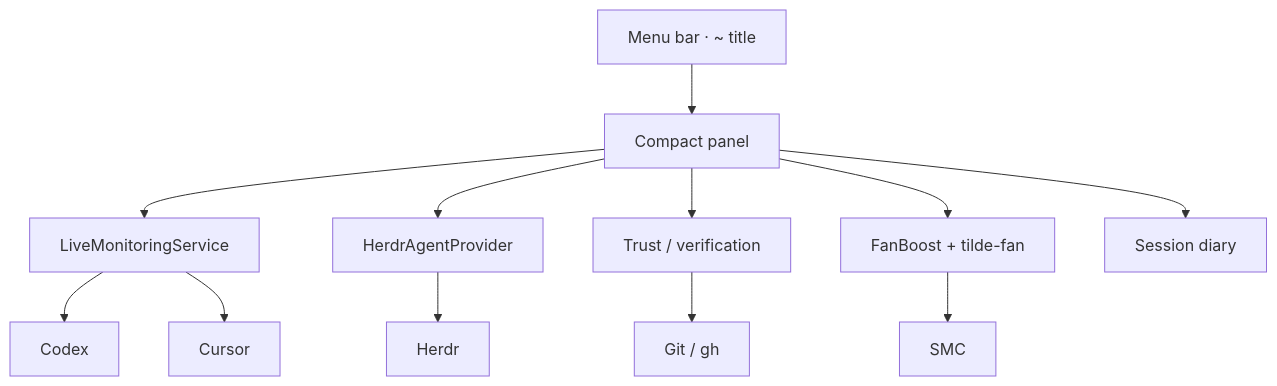
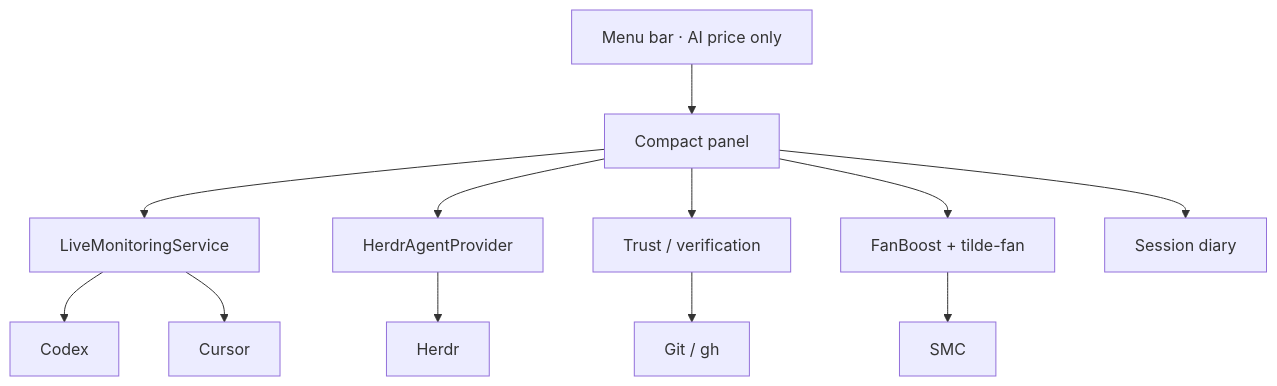
Before and after one commit to Le0wang06/Tilde: the diagram in README.md, drawn with Mermaid. The commit also changed other lines of this file, not shown here.

First line of the commit message:
Update README for price-only menu bar

````diff
--- a/README.md
+++ b/README.md
@@ -119,18 +119,18 @@
 ```mermaid
 flowchart TB
-  MB["Menu bar · ~ title"]
+  MB["Menu bar · AI price only"]
   PN["Compact panel"]
   MB --> PN
 
   PN --> LIVE["LiveMonitoringService"]
   PN --> AG["HerdrAgentProvider"]
   PN --> TR["Trust / verification"]
   PN --> FAN["FanBoost + tilde-fan"]
   PN --> DY["Session diary"]
 
   LIVE --> CX["Codex"]
   LIVE --> CR["Cursor"]
   AG --> HR["Herdr"]
   TR --> GT["Git / gh"]
   FAN --> SMC["SMC"]
 ```
````
